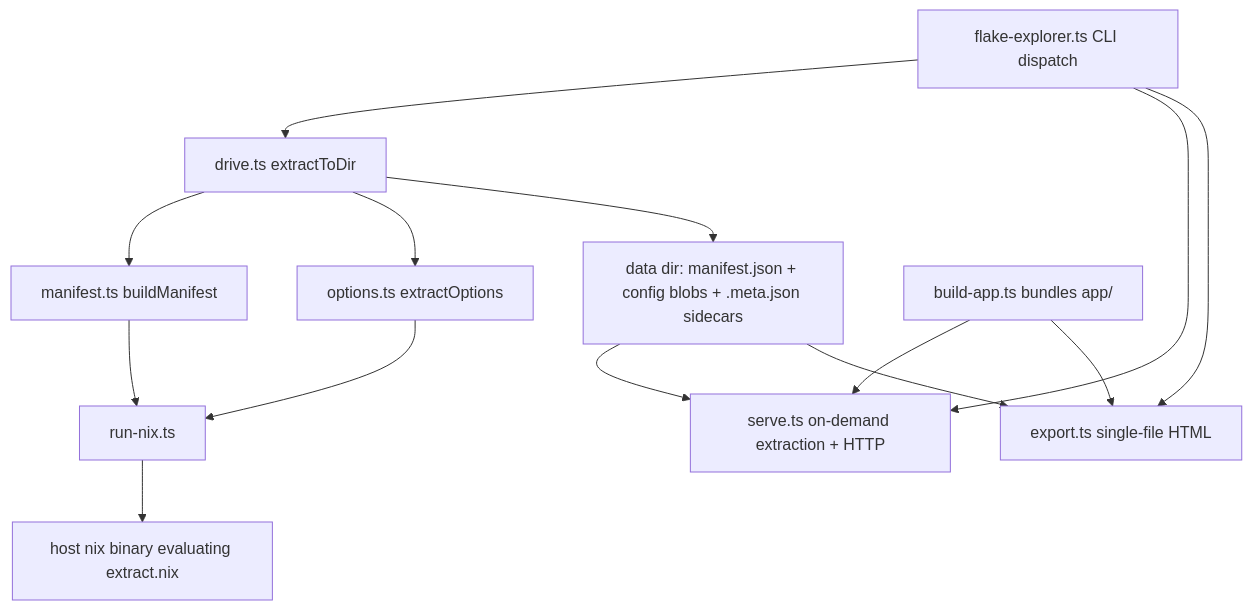
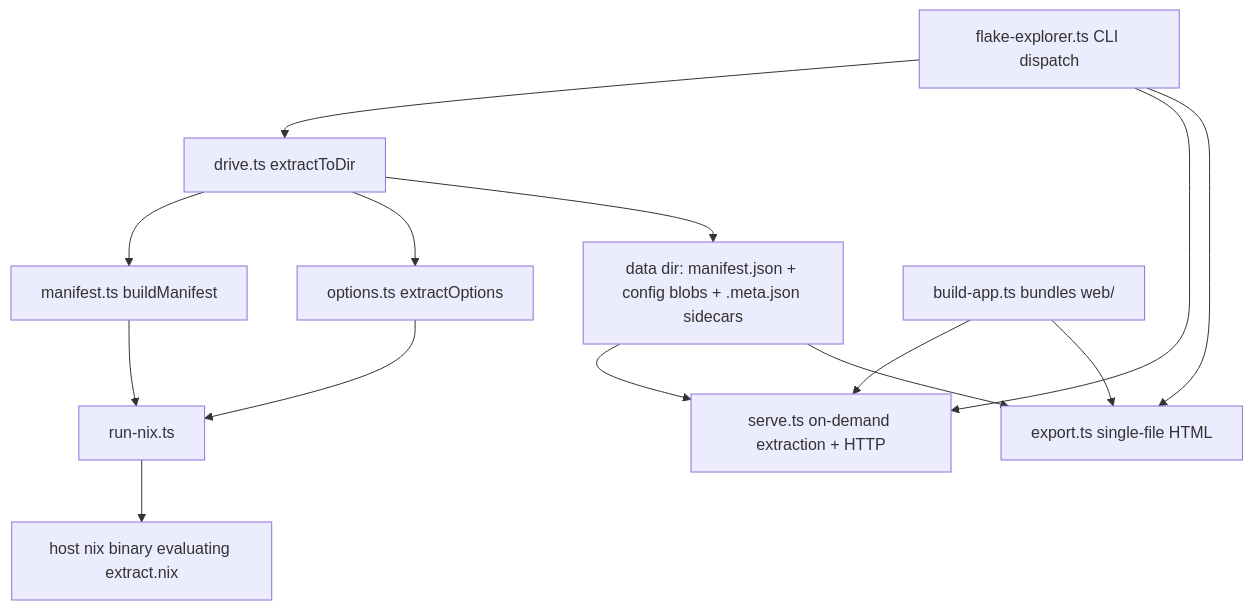
The diagram in docs/architecture.md (kriswill/flake-explorer), drawn with Mermaid before and after one commit. The commit also changed other lines of this file and 70 other files, not shown here.

````diff
--- a/docs/architecture.md
+++ b/docs/architecture.md
@@ -20,16 +20,16 @@
 ```mermaid
 flowchart TD
   cli["flake-explorer.ts CLI dispatch"] --> drive["drive.ts extractToDir"]
   drive --> manifest["manifest.ts buildManifest"]
   drive --> options["options.ts extractOptions"]
   manifest --> runnix["run-nix.ts"]
   options --> runnix
   runnix --> nix["host nix binary evaluating extract.nix"]
   drive --> data["data dir: manifest.json + config blobs + .meta.json sidecars"]
   cli --> serve["serve.ts on-demand extraction + HTTP"]
   cli --> export["export.ts single-file HTML"]
   data --> serve
   data --> export
-  app["build-app.ts bundles app/"] --> serve
+  app["build-app.ts bundles web/"] --> serve
   app --> export
 ```
````
